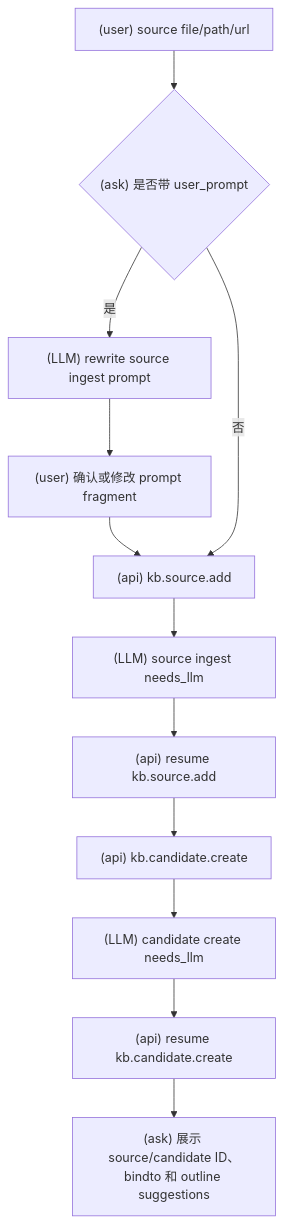
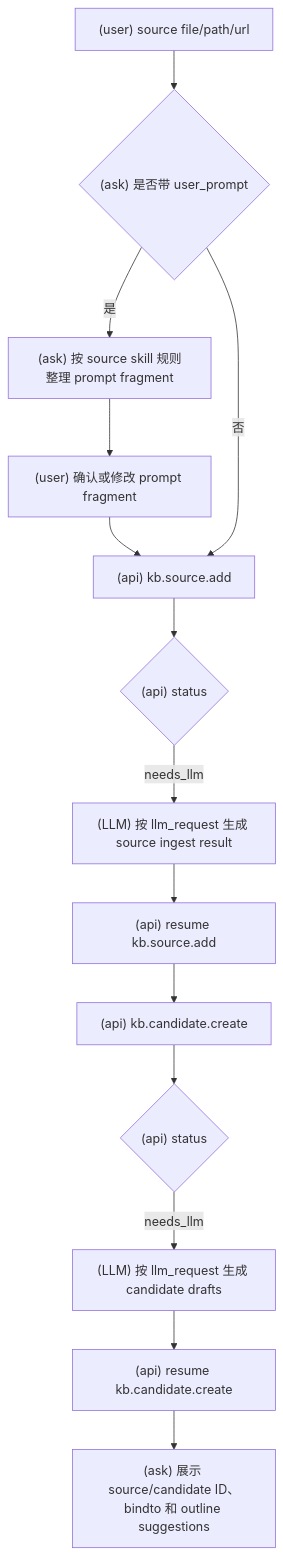
Before and after one commit to srangerme/KBManager: the second of 4 diagrams in docs/SlashCommand流程图.md, drawn with Mermaid. The commit also changed other lines of this file and 32 other files, not shown here.

````diff
--- a/docs/SlashCommand流程图.md
+++ b/docs/SlashCommand流程图.md
@@ -52,14 +52,16 @@
 ```mermaid
 flowchart TD
   A["(user) source file/path/url"] --> B{"(ask) 是否带 user_prompt"}
-  B -- 是 --> C["(LLM) rewrite source ingest prompt"]
+  B -- 是 --> C["(ask) 按 source skill 规则整理 prompt fragment"]
   C --> D["(user) 确认或修改 prompt fragment"]
   D --> E["(api) kb.source.add"]
   B -- 否 --> E
-  E --> G["(LLM) source ingest needs_llm"]
+  E --> F{"(api) status"}
+  F -- needs_llm --> G["(LLM) 按 llm_request 生成 source ingest result"]
   G --> H["(api) resume kb.source.add"]
   H --> I["(api) kb.candidate.create"]
-  I --> J["(LLM) candidate create needs_llm"]
-  J --> K["(api) resume kb.candidate.create"]
-  K --> L["(ask) 展示 source/candidate ID、bindto 和 outline suggestions"]
+  I --> J{"(api) status"}
+  J -- needs_llm --> K["(LLM) 按 llm_request 生成 candidate drafts"]
+  K --> L["(api) resume kb.candidate.create"]
+  L --> M["(ask) 展示 source/candidate ID、bindto 和 outline suggestions"]
 ```
````
